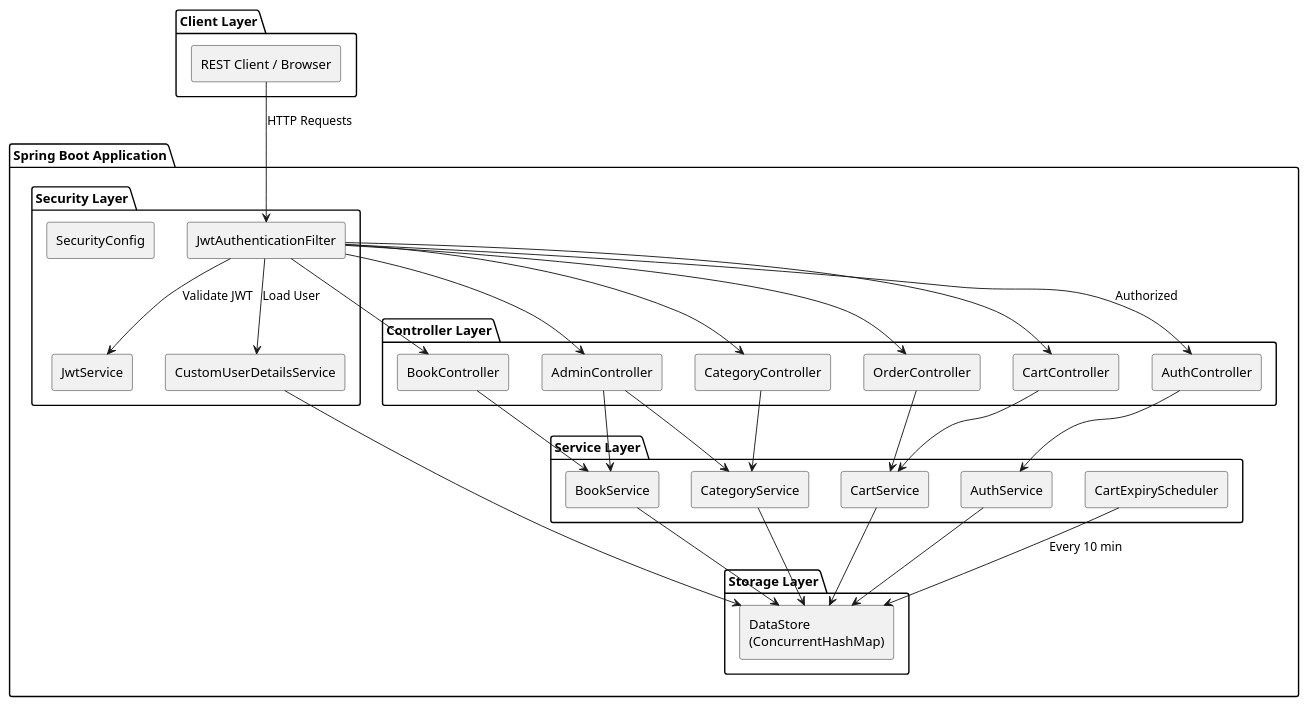
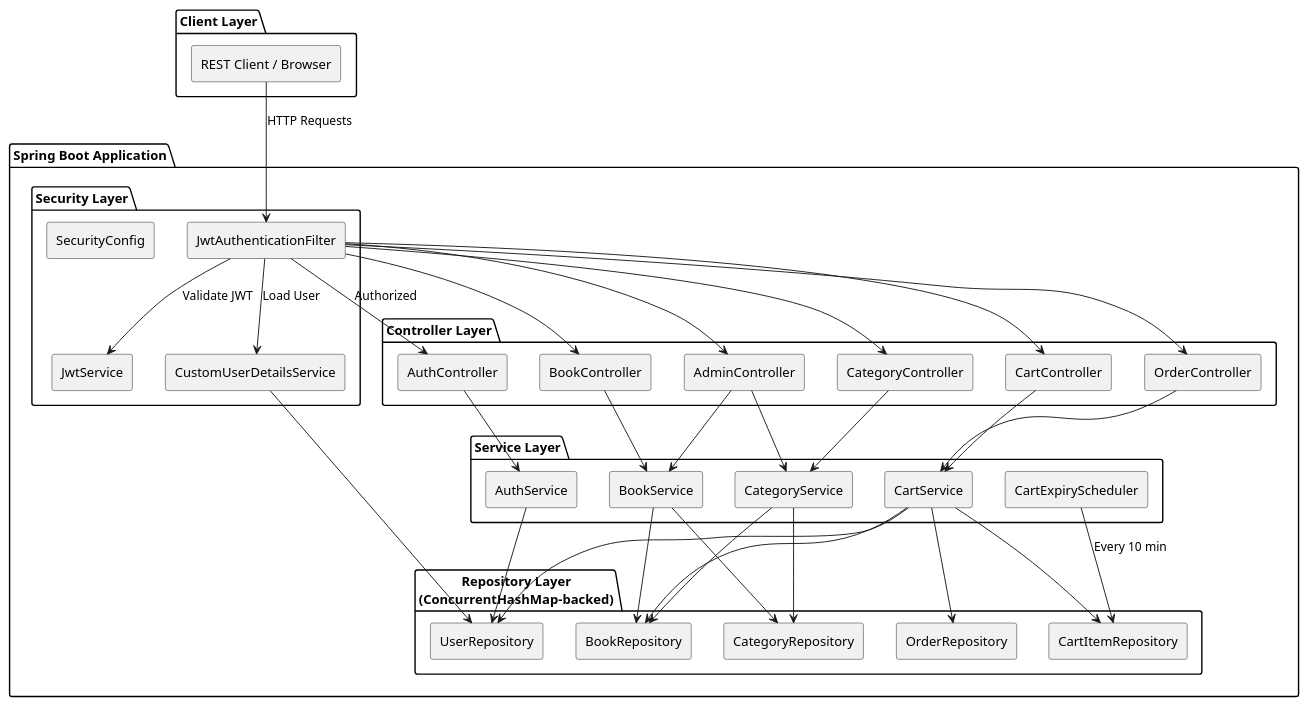
Before and after one commit to nitish2904/toptal: the diagram in bookshopv2/docs/component-diagram.puml, drawn with PlantUML. The commit also changed 17 other files, not shown here.

First line of the commit message:
refactor: split DataStore into individual repository classes

```diff
--- a/bookshopv2/docs/component-diagram.puml
+++ b/bookshopv2/docs/component-diagram.puml
@@ -1,63 +1,72 @@
 @startuml Architecture - Component Diagram
 skinparam componentStyle rectangle
 
 package "Client Layer" {
   [REST Client / Browser] as CLIENT
 }
 
 package "Spring Boot Application" {
   package "Controller Layer" {
     [AuthController] as AC
     [BookController] as BC
     [CategoryController] as CC
     [AdminController] as ADC
     [CartController] as CTC
     [OrderController] as OC
   }
 
   package "Security Layer" {
     [JwtAuthenticationFilter] as SF
     [JwtService] as JS
     [SecurityConfig] as SC
     [CustomUserDetailsService] as CUDS
   }
 
   package "Service Layer" {
     [AuthService] as AS
     [BookService] as BS
     [CategoryService] as CS
     [CartService] as CTS
     [CartExpiryScheduler] as CES
   }
 
-  package "Storage Layer" {
-    [DataStore\n(ConcurrentHashMap)] as DS
+  package "Repository Layer\n(ConcurrentHashMap-backed)" {
+    [UserRepository] as UR
+    [CategoryRepository] as CR
+    [BookRepository] as BR
+    [CartItemRepository] as CIR
+    [OrderRepository] as OR
   }
 }
 
 CLIENT --> SF : HTTP Requests
 SF --> JS : Validate JWT
 SF --> CUDS : Load User
 SF --> AC : Authorized
 SF --> BC
 SF --> CC
 SF --> ADC
 SF --> CTC
 SF --> OC
 
 AC --> AS
 BC --> BS
 CC --> CS
 ADC --> BS
 ADC --> CS
 CTC --> CTS
 OC --> CTS
 
-AS --> DS
-BS --> DS
-CS --> DS
-CTS --> DS
-CES --> DS : Every 10 min
-CUDS --> DS
+AS --> UR
+BS --> BR
+BS --> CR
+CS --> CR
+CS --> BR
+CTS --> UR
+CTS --> BR
+CTS --> CIR
+CTS --> OR
+CES --> CIR : Every 10 min
+CUDS --> UR
 
 @enduml
```
